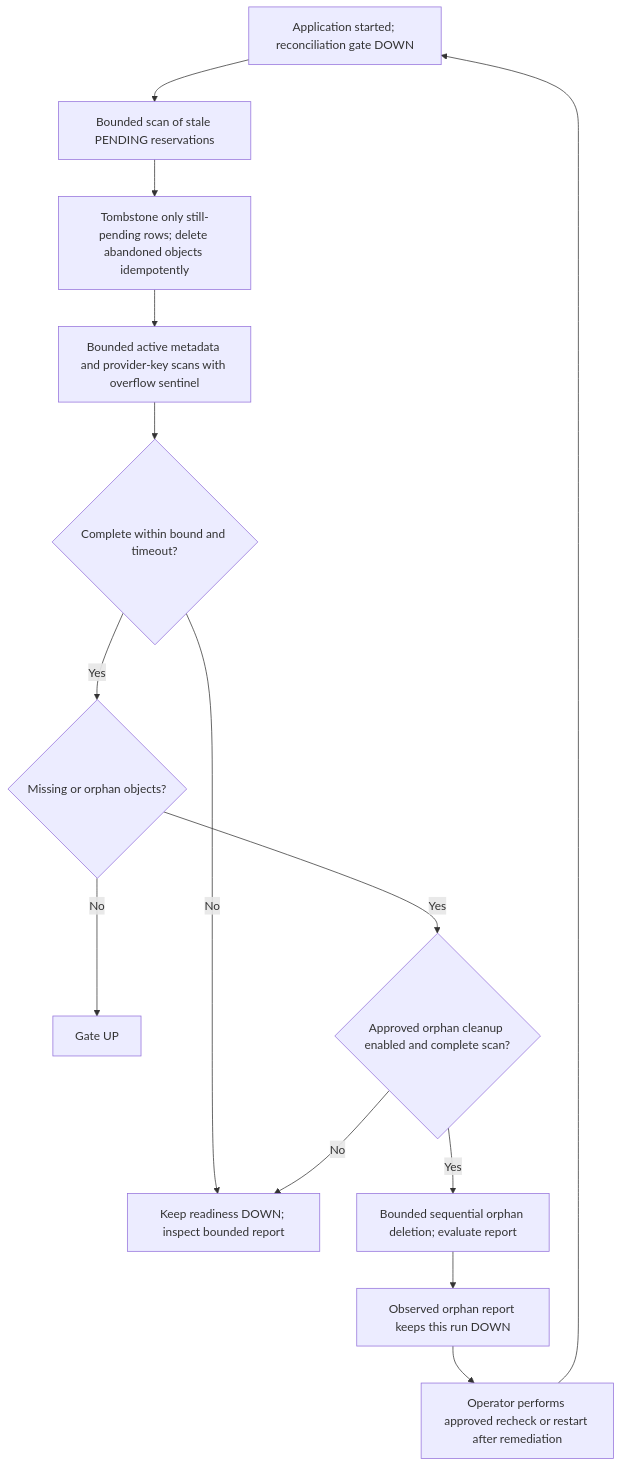
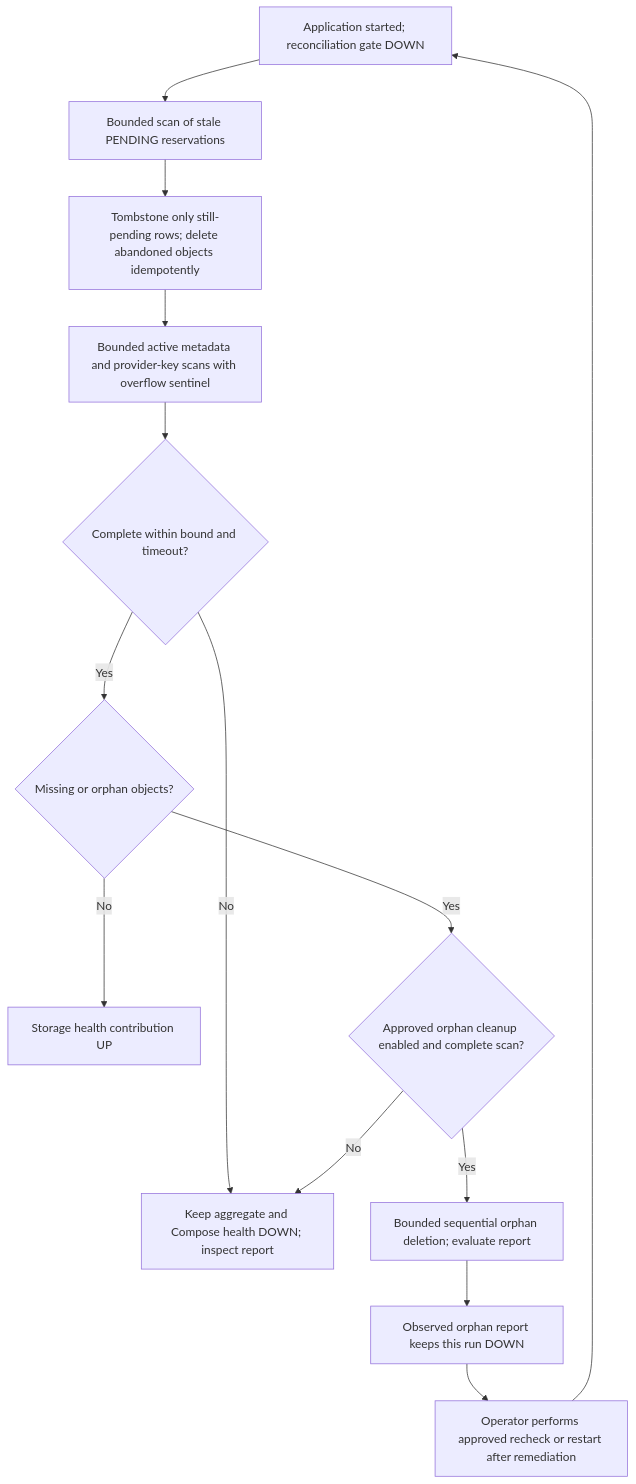
One commit to younessFathi/auto-parto changed diagram 14 of 32 in docs/technical-workflows.md. Above: the diagram before and after it, drawn with Mermaid. The commit also changed other lines of this file and 1 other file, not shown here.

Commit message:
docs: distinguish aggregate storage health from readiness probe

````diff
--- a/docs/technical-workflows.md
+++ b/docs/technical-workflows.md
@@ -363,16 +363,16 @@
 ```mermaid
 flowchart TD
     START["Application started; reconciliation gate DOWN"] --> STALE["Bounded scan of stale PENDING reservations"]
     STALE --> GUARD["Tombstone only still-pending rows; delete abandoned objects idempotently"]
     GUARD --> SCAN["Bounded active metadata and provider-key scans with overflow sentinel"]
     SCAN --> FULL{"Complete within bound and timeout?"}
-    FULL -->|No| DOWN["Keep readiness DOWN; inspect bounded report"]
+    FULL -->|No| DOWN["Keep aggregate and Compose health DOWN; inspect report"]
     FULL -->|Yes| DRIFT{"Missing or orphan objects?"}
-    DRIFT -->|No| UP["Gate UP"]
+    DRIFT -->|No| UP["Storage health contribution UP"]
     DRIFT -->|Yes| POLICY{"Approved orphan cleanup enabled and complete scan?"}
     POLICY -->|Yes| DELETE["Bounded sequential orphan deletion; evaluate report"]
     POLICY -->|No| DOWN
     DELETE --> REPORT["Observed orphan report keeps this run DOWN"]
     REPORT --> OPERATOR["Operator performs approved recheck or restart after remediation"]
     OPERATOR --> START
 ```
````
